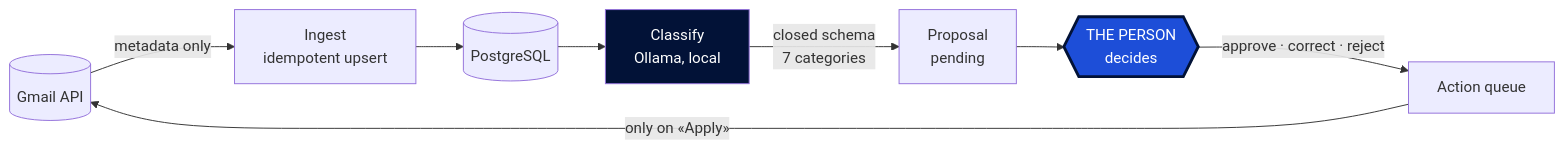
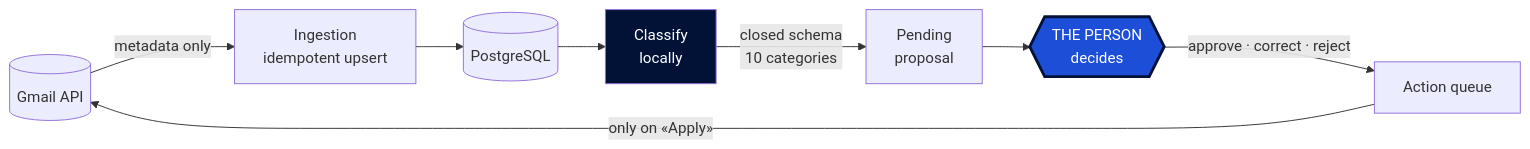
The first of 2 diagrams in README.md (abrilespinosa/mailpilot), drawn with Mermaid before and after one commit. The commit also changed other lines of this file and 2 other files, not shown here.

````diff
--- a/README.md
+++ b/README.md
@@ -75,13 +71,13 @@
 ```mermaid
 flowchart LR
-    G[("Gmail API")] -->|metadata only| I["Ingest<br/>idempotent upsert"]
+    G[("Gmail API")] -->|metadata only| I["Ingestion<br/>idempotent upsert"]
     I --> DB[("PostgreSQL")]
-    DB --> C["Classify<br/>Ollama, local"]
-    C -->|"closed schema<br/>7 categories"| P["Proposal<br/>pending"]
+    DB --> C["Classify<br/>locally"]
+    C -->|"closed schema<br/>10 categories"| P["Pending<br/>proposal"]
     P --> H{{"THE PERSON<br/>decides"}}
     H -->|"approve · correct · reject"| Q["Action queue"]
     Q -->|"only on «Apply»"| G
 
     style H fill:#1D4ED8,color:#fff,stroke:#021237,stroke-width:3px
     style C fill:#021237,color:#fff
 ```
````
